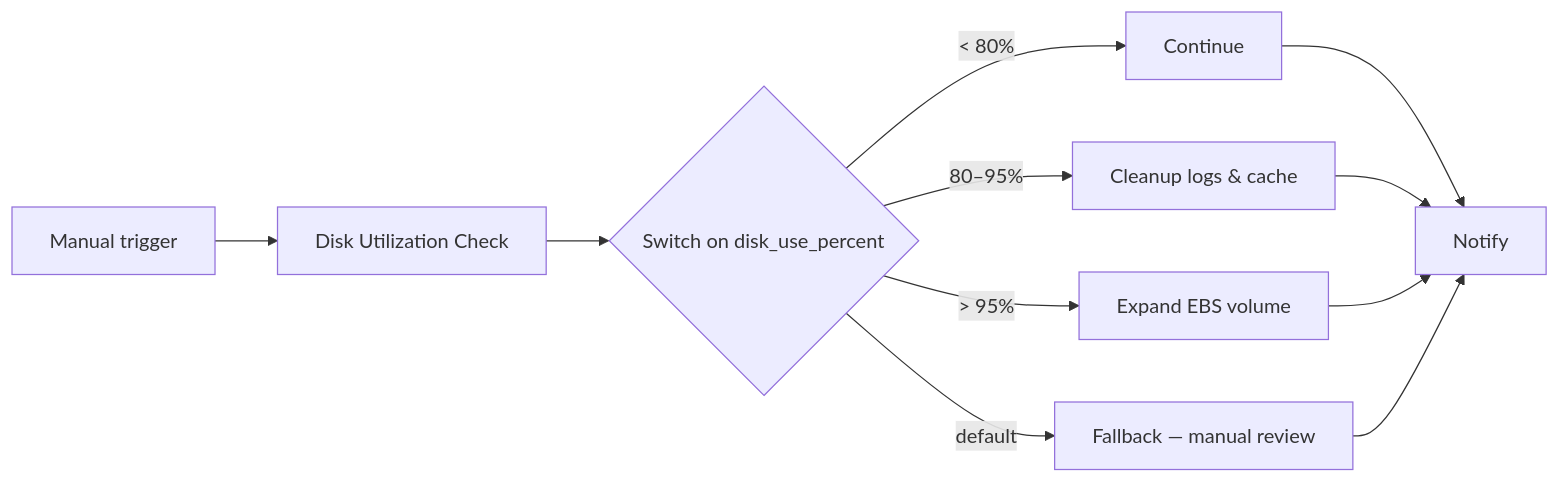
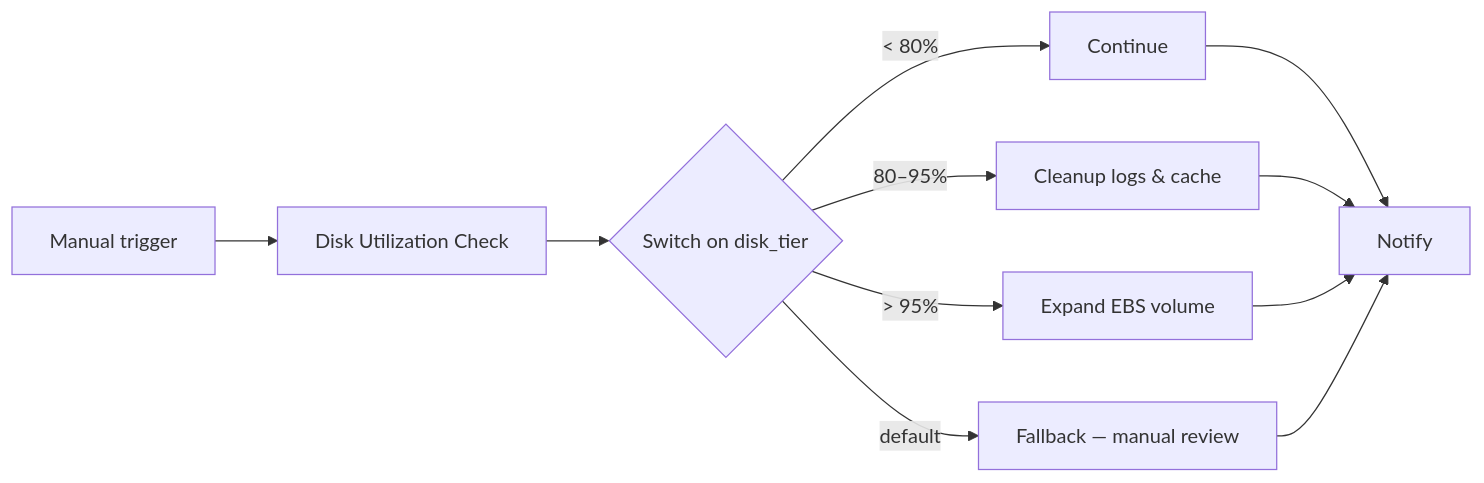
Before and after one commit to abwalczyk/aap-orchestrator-demos: the diagram in disk-utilization/README.md, drawn with Mermaid. The commit also changed other lines of this file and 44 other files, not shown here.

First line of the commit message:
Flatten playbooks paths and fix AO switch routing on disk_tier.

````diff
--- a/disk-utilization/README.md
+++ b/disk-utilization/README.md
@@ -30,13 +30,13 @@
 ```mermaid
 flowchart LR
   A[Manual trigger] --> B[Disk Utilization Check]
-  B --> C{Switch on disk_use_percent}
+  B --> C{Switch on disk_tier}
   C -->|"< 80%"| D[Continue]
   C -->|"80–95%"| E[Cleanup logs & cache]
   C -->|"> 95%"| F[Expand EBS volume]
   C -->|default| G[Fallback — manual review]
   D --> H[Notify]
   E --> H
   F --> H
   G --> H
 ```
````
